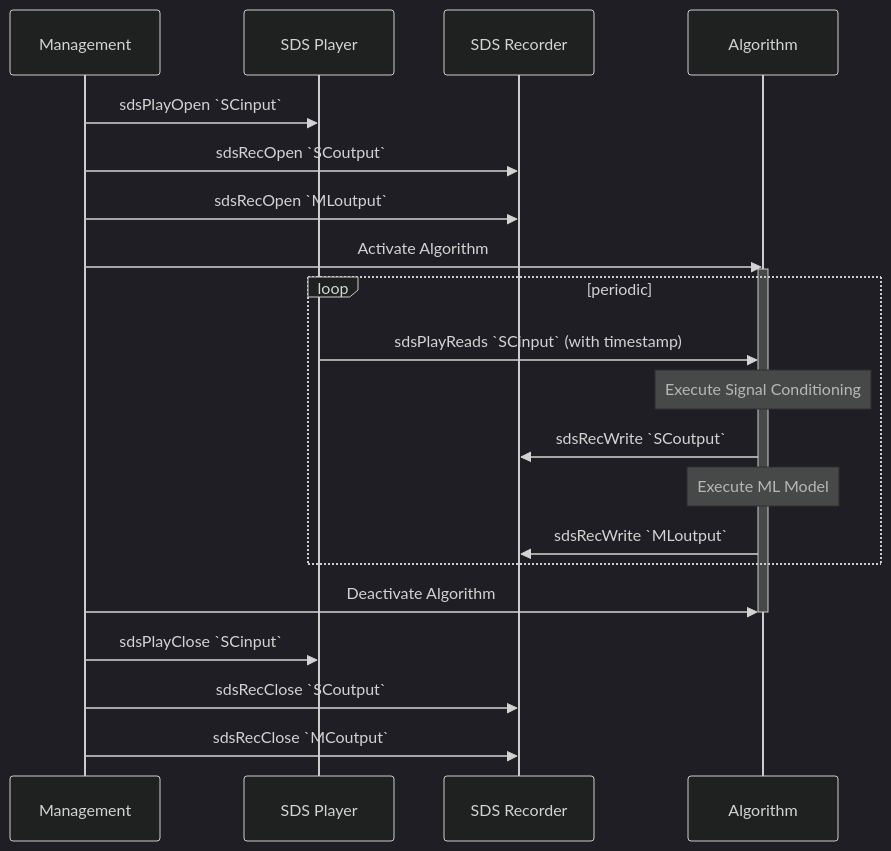
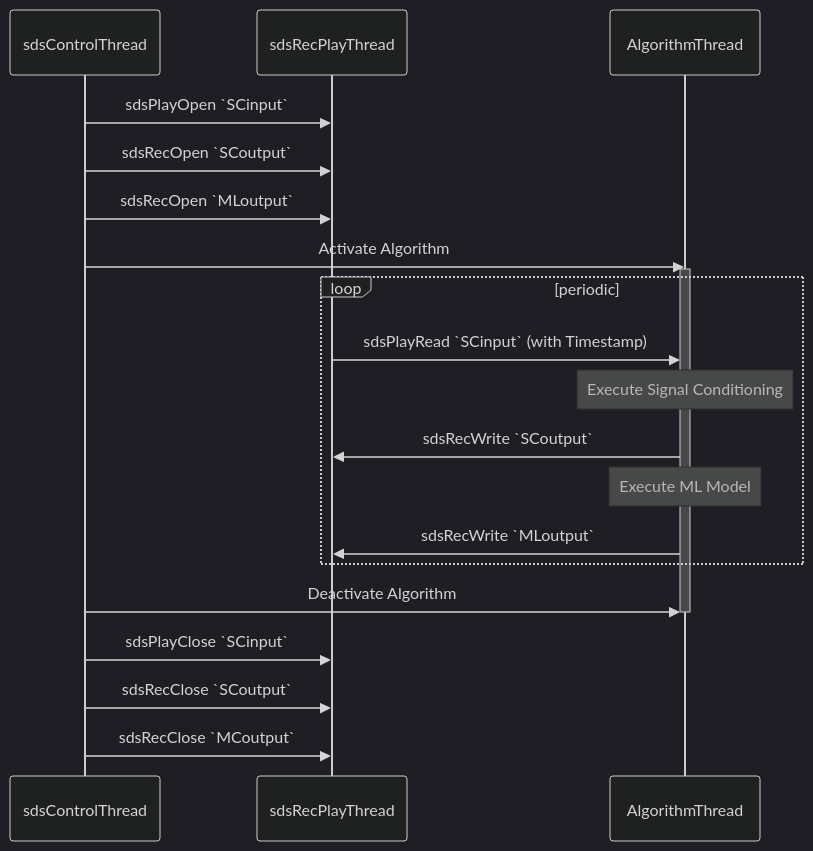
Before and after one commit to ARM-software/SDS-Framework: the first of 2 diagrams in documentation/theory.md, drawn with Mermaid (dark theme). The commit also changed other lines of this file, not shown here.

Commit message:
Thread names reworked

````diff
--- a/documentation/theory.md
+++ b/documentation/theory.md
@@ -24,24 +24,23 @@
 ```mermaid
 sequenceDiagram
-    participant Management
-    participant SDS Player
-    participant SDS Recorder
-    participant Algorithm
-    Management->>SDS Player: sdsPlayOpen `SCinput`
-    Management->>SDS Recorder: sdsRecOpen `SCoutput`
-    Management->>SDS Recorder: sdsRecOpen `MLoutput`
-    Management->>Algorithm: Activate Algorithm
-    Activate Algorithm
+    participant sdsControlThread
+    participant sdsRecPlayThread
+    participant AlgorithmThread
+    sdsControlThread->>sdsRecPlayThread: sdsPlayOpen `SCinput`
+    sdsControlThread->>sdsRecPlayThread: sdsRecOpen `SCoutput`
+    sdsControlThread->>sdsRecPlayThread: sdsRecOpen `MLoutput`
+    sdsControlThread->>AlgorithmThread: Activate Algorithm
+    Activate AlgorithmThread
     loop periodic
-        SDS Player->>Algorithm: sdsPlayReads `SCinput` (with timestamp)
-        Note over Algorithm: Execute Signal Conditioning
-        Algorithm->>SDS Recorder: sdsRecWrite `SCoutput`
-        Note over Algorithm: Execute ML Model
-        Algorithm->>SDS Recorder: sdsRecWrite `MLoutput`
+        sdsRecPlayThread->>AlgorithmThread: sdsPlayRead `SCinput` (with Timestamp)
+        Note over AlgorithmThread: Execute Signal Conditioning
+        AlgorithmThread->>sdsRecPlayThread: sdsRecWrite `SCoutput`
+        Note over AlgorithmThread: Execute ML Model
+        AlgorithmThread->>sdsRecPlayThread: sdsRecWrite `MLoutput`
     end
-    Management->>Algorithm: Deactivate Algorithm
-    Deactivate Algorithm
-    Management->>SDS Player: sdsPlayClose `SCinput`
-    Management->>SDS Recorder: sdsRecClose `SCoutput`
-    Management->>SDS Recorder: sdsRecClose `MCoutput`
+    sdsControlThread->>AlgorithmThread: Deactivate Algorithm
+    Deactivate AlgorithmThread
+    sdsControlThread->>sdsRecPlayThread: sdsPlayClose `SCinput`
+    sdsControlThread->>sdsRecPlayThread: sdsRecClose `SCoutput`
+    sdsControlThread->>sdsRecPlayThread: sdsRecClose `MCoutput`
 ```
````
